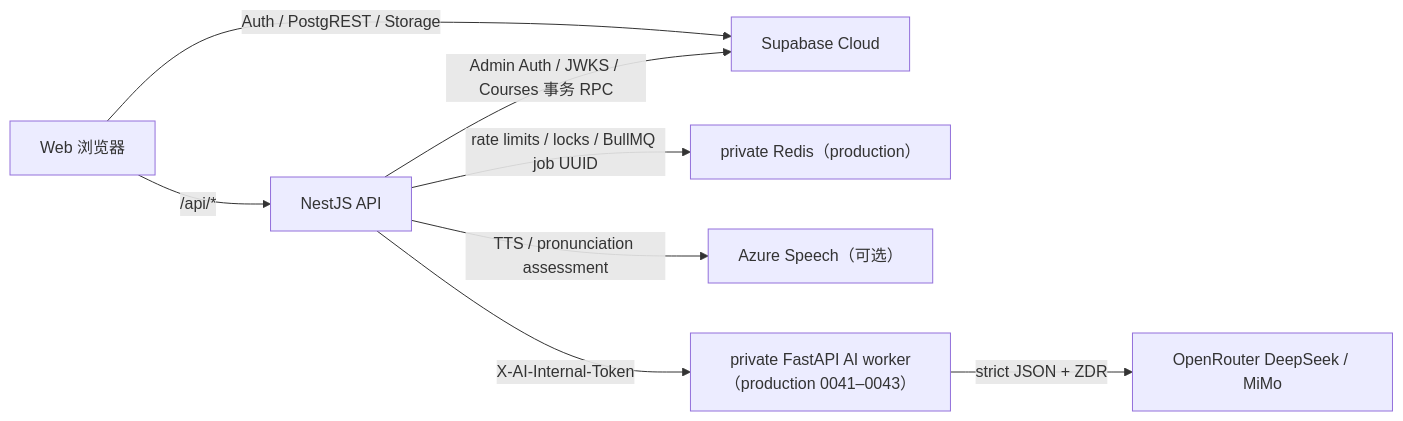
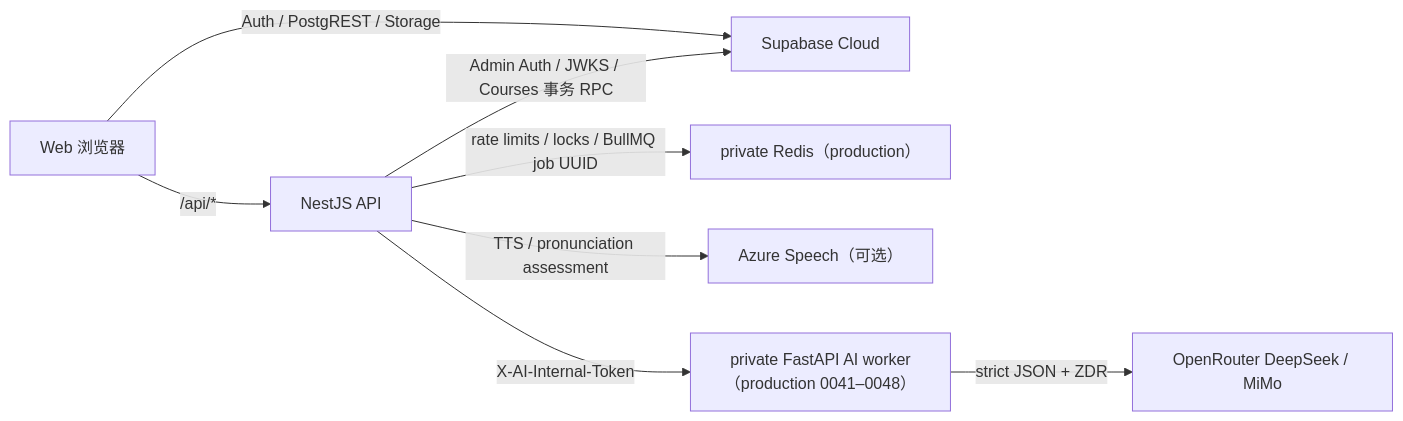
Before and after one commit to HuanZhang2006/Nalanda: the diagram in docs/guides/API.md, drawn with Mermaid. The commit also changed other lines of this file and 36 other files, not shown here.

````diff
--- a/docs/guides/API.md
+++ b/docs/guides/API.md
@@ -9,10 +9,10 @@
 ```mermaid
 flowchart LR
     Browser["Web 浏览器"] -->|"/api/*"| Nest["NestJS API"]
     Browser -->|"Auth / PostgREST / Storage"| Supabase["Supabase Cloud"]
     Nest -->|"rate limits / locks / BullMQ job UUID"| Redis["private Redis（production）"]
     Nest -->|"Admin Auth / JWKS / Courses 事务 RPC"| Supabase
     Nest -->|"TTS / pronunciation assessment"| Azure["Azure Speech（可选）"]
-    Nest -->|"X-AI-Internal-Token"| AI["private FastAPI AI worker（production 0041–0043）"]
+    Nest -->|"X-AI-Internal-Token"| AI["private FastAPI AI worker（production 0041–0048）"]
     AI -->|"strict JSON + ZDR"| OpenRouter["OpenRouter DeepSeek / MiMo"]
 ```
````
